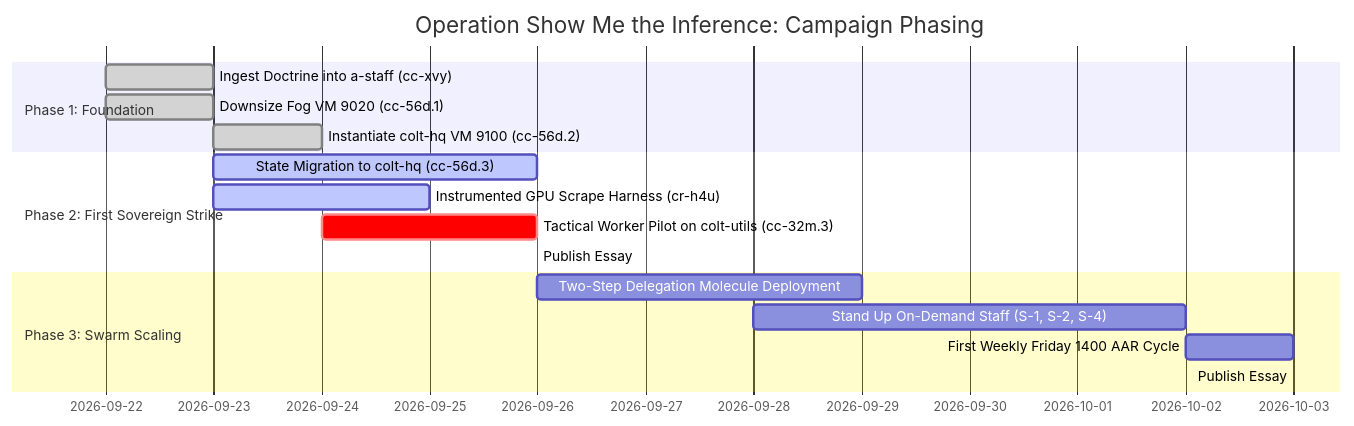
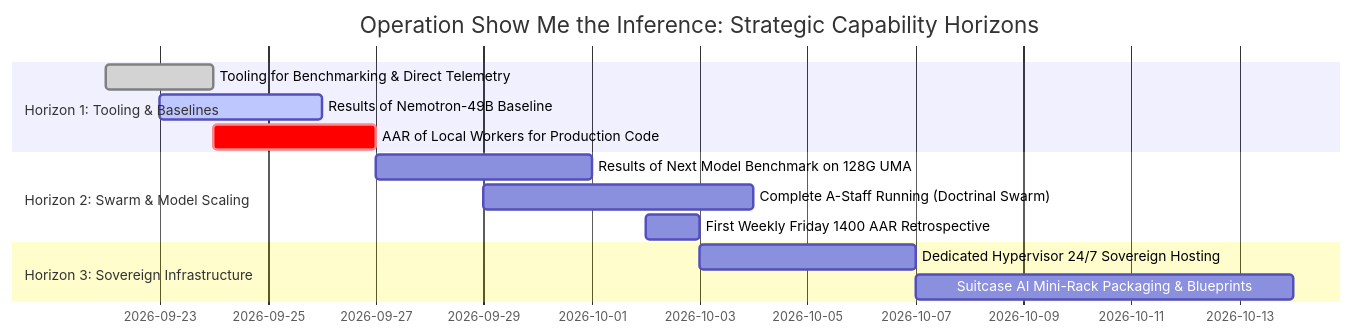
One commit to chalko/a-staff changed the third of 3 diagrams in plans/CAMPAIGN_PLAN_SHOW_THE_INFERENCE.md. Above: the diagram before and after it, drawn with Mermaid. The commit also changed other lines of this file, not shown here.

Commit message:
docs(campaign): incorporate commander review to refine tone, milestones, and intent

````diff
--- a/plans/CAMPAIGN_PLAN_SHOW_THE_INFERENCE.md
+++ b/plans/CAMPAIGN_PLAN_SHOW_THE_INFERENCE.md
@@ -169,19 +169,16 @@
 ```mermaid
 gantt
-    title Operation Show Me the Inference: Campaign Phasing
+    title Operation Show Me the Inference: Strategic Capability Horizons
     dateFormat  YYYY-MM-DD
-    section Phase 1: Foundation
-    Ingest Doctrine into a-staff (cc-xvy)      :done, 2026-09-22, 1d
-    Downsize Fog VM 9020 (cc-56d.1)             :done, 2026-09-22, 1d
-    Instantiate colt-hq VM 9100 (cc-56d.2)      :done, 2026-09-23, 1d
-    section Phase 2: First Sovereign Strike
-    State Migration to colt-hq (cc-56d.3)       :active, 2026-09-23, 3d
-    Instrumented GPU Scrape Harness (cr-h4u)    :active, 2026-09-23, 2d
-    Tactical Worker Pilot on colt-utils (cc-32m.3):crit, 2026-09-24, 2d
-    Publish Essay: Taming Grace Blackwell GB10   :milestone, 2026-09-26, 0d
-    section Phase 3: Swarm Scaling
-    Two-Step Delegation Molecule Deployment     :2026-09-26, 3d
-    Stand Up On-Demand Staff (S-1, S-2, S-4)   :2026-09-28, 4d
-    First Weekly Friday 1400 AAR Cycle          :2026-10-02, 1d
-    Publish Essay: Why Swarms Need Marine Doctrine:milestone, 2026-10-03, 0d
+    section Horizon 1: Tooling & Baselines
+    Tooling for Benchmarking & Direct Telemetry   :done, 2026-09-22, 2d
+    Results of Nemotron-49B Baseline             :active, 2026-09-23, 3d
+    AAR of Local Workers for Production Code      :crit, 2026-09-24, 3d
+    section Horizon 2: Swarm & Model Scaling
+    Results of Next Model Benchmark on 128G UMA   :2026-09-27, 4d
+    Complete A-Staff Running (Doctrinal Swarm)   :2026-09-29, 5d
+    First Weekly Friday 1400 AAR Retrospective    :2026-10-02, 1d
+    section Horizon 3: Sovereign Infrastructure
+    Dedicated Hypervisor 24/7 Sovereign Hosting   :2026-10-03, 4d
+    Suitcase AI Mini-Rack Packaging & Blueprints  :2026-10-07, 7d
 ```
````
